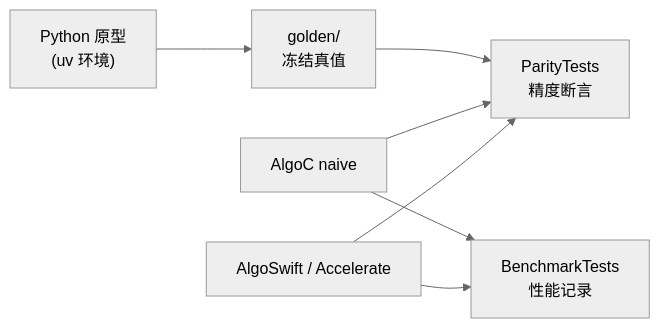
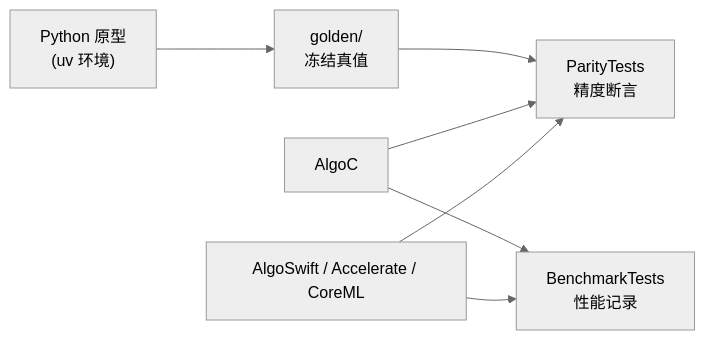
One commit to tangzzz-fan/axilab_pipeline changed the diagram in algo-engineering-lab/README.md. Above: the diagram before and after it, drawn with Mermaid (neutral theme). The commit also changed other lines of this file and 2 other files, not shown here.

````diff
--- a/algo-engineering-lab/README.md
+++ b/algo-engineering-lab/README.md
@@ -12,9 +12,9 @@
 ```mermaid
 flowchart LR
     Py["Python 原型\n(uv 环境)"] --> Golden["golden/\n冻结真值"]
     Golden --> Parity["ParityTests\n精度断言"]
-    C["AlgoC naive"] --> Parity
-    Swift["AlgoSwift / Accelerate"] --> Parity
+    C["AlgoC"] --> Parity
+    Swift["AlgoSwift / Accelerate / CoreML"] --> Parity
     C --> Bench["BenchmarkTests\n性能记录"]
     Swift --> Bench
 ```
````
